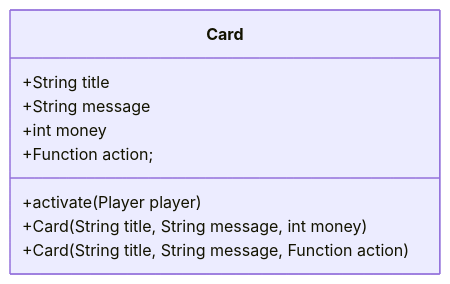
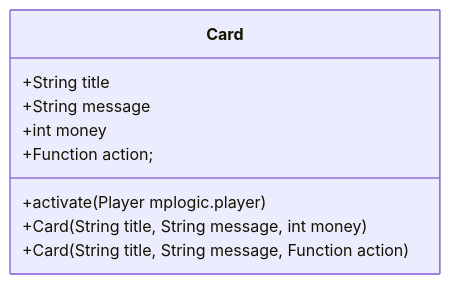
The sixth of 6 diagrams in classdiagram.md (mhmFrost/Monopoly), drawn with Mermaid before and after one commit. The commit also changed other lines of this file and 23 other files, not shown here.

````diff
--- a/classdiagram.md
+++ b/classdiagram.md
@@ -150,12 +150,12 @@
 ```mermaid
 classDiagram
     class Card{
         +String title
         +String message
         +int money
         +Function<Void, Void> action;
-        +activate(Player player)
+        +activate(Player mplogic.player)
         +Card(String title, String message, int money)
         +Card(String title, String message, Function action)
     }
 ```
````
